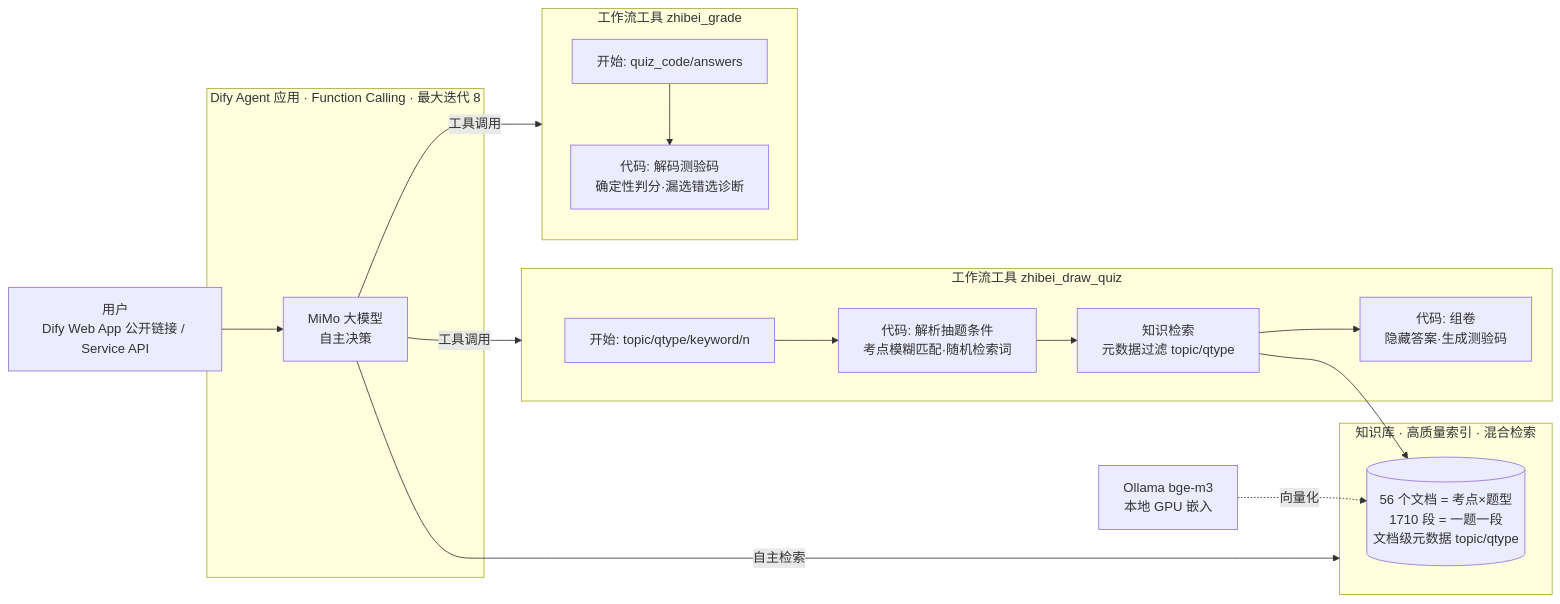
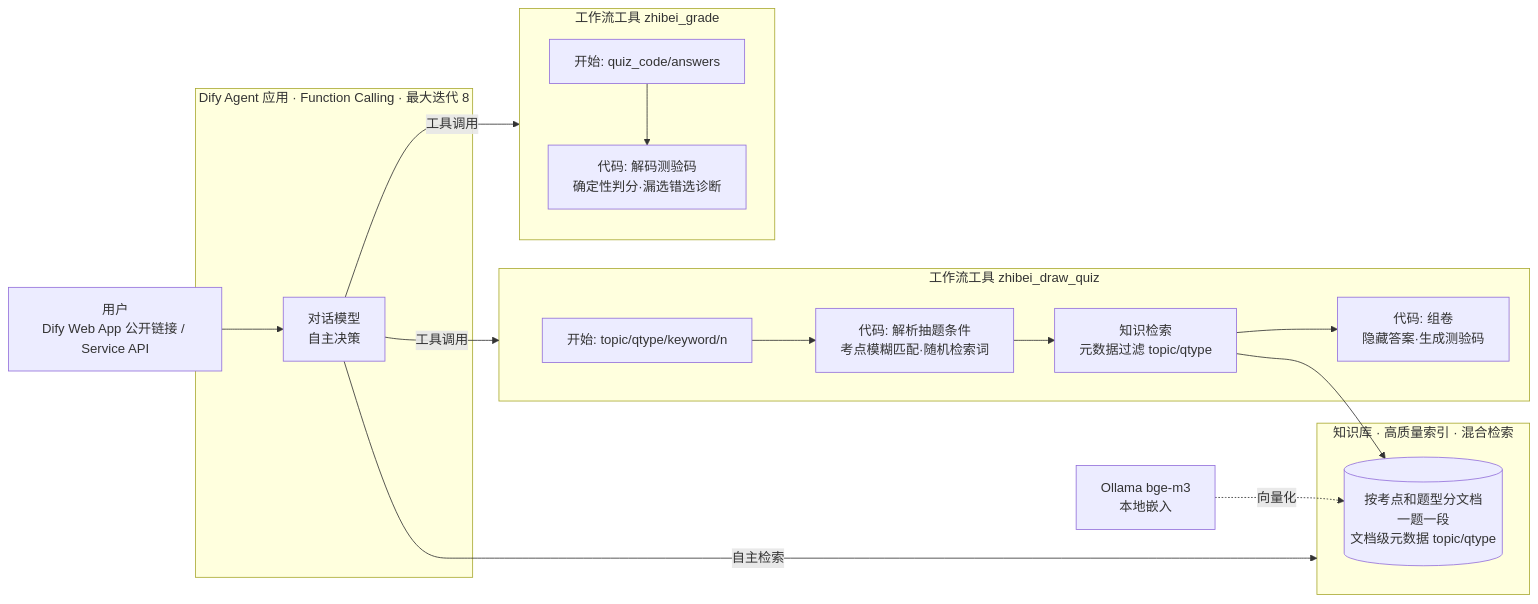
The diagram in docs/dify_version.md (DaShygoa/zhibei-agent), drawn with Mermaid before and after one commit. The commit also changed other lines of this file and 36 other files, not shown here.

````diff
--- a/docs/dify_version.md
+++ b/docs/dify_version.md
@@ -7,29 +5,29 @@
 ```mermaid
 flowchart LR
     U[用户<br/>Dify Web App 公开链接 / Service API] --> A
 
     subgraph Agent[Dify Agent 应用 · Function Calling · 最大迭代 8]
-        A[MiMo 大模型<br/>自主决策]
+        A[对话模型<br/>自主决策]
     end
 
     A -->|工具调用| T1
     A -->|工具调用| T2
     A -->|自主检索| KB
 
     subgraph T1[工作流工具 zhibei_draw_quiz]
         S1[开始: topic/qtype/keyword/n] --> P1[代码: 解析抽题条件<br/>考点模糊匹配·随机检索词]
         P1 --> R1[知识检索<br/>元数据过滤 topic/qtype]
         R1 --> F1[代码: 组卷<br/>隐藏答案·生成测验码]
     end
 
     subgraph T2[工作流工具 zhibei_grade]
         S2[开始: quiz_code/answers] --> G2[代码: 解码测验码<br/>确定性判分·漏选错选诊断]
     end
 
     subgraph KB[知识库 · 高质量索引 · 混合检索]
-        D[(56 个文档 = 考点×题型<br/>1710 段 = 一题一段<br/>文档级元数据 topic/qtype)]
+        D[(按考点和题型分文档<br/>一题一段<br/>文档级元数据 topic/qtype)]
     end
     R1 --> D
 
-    E[Ollama bge-m3<br/>本地 GPU 嵌入] -.向量化.-> D
+    E[Ollama bge-m3<br/>本地嵌入] -.向量化.-> D
 ```
````
